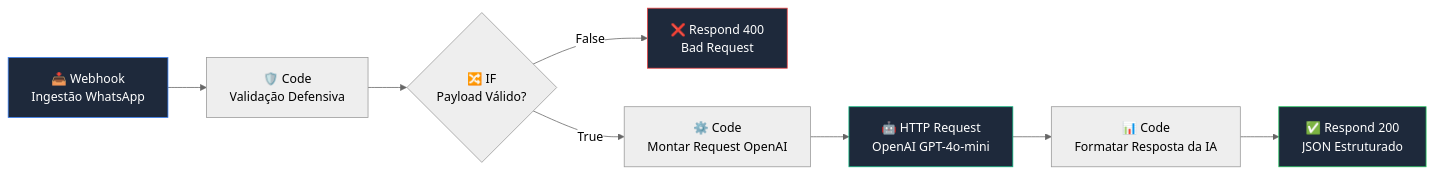
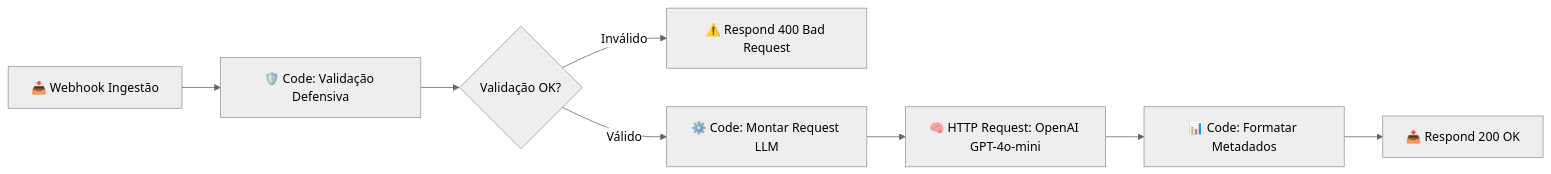
The second of 2 diagrams in README.md (marcosrodsa/PSA), drawn with Mermaid (neutral theme) before and after one commit. The commit also changed other lines of this file and 5 other files, not shown here.

````diff
--- a/README.md
+++ b/README.md
@@ -196,15 +140,10 @@
 ```mermaid
 graph LR
-    WH["📥 Webhook<br/>Ingestão WhatsApp"] --> VAL["🛡️ Code<br/>Validação Defensiva"]
-    VAL --> IF{"🔀 IF<br/>Payload Válido?"}
-    IF -- "False" --> E400["❌ Respond 400<br/>Bad Request"]
-    IF -- "True" --> BLD["⚙️ Code<br/>Montar Request OpenAI"]
-    BLD --> OAI["🤖 HTTP Request<br/>OpenAI GPT-4o-mini"]
-    OAI --> FMT["📊 Code<br/>Formatar Resposta da IA"]
-    FMT --> R200["✅ Respond 200<br/>JSON Estruturado"]
-
-    style WH fill:#1e293b,stroke:#3b82f6,color:#fff
-    style OAI fill:#1e293b,stroke:#10b981,color:#fff
-    style E400 fill:#1e293b,stroke:#ef4444,color:#fff
-    style R200 fill:#1e293b,stroke:#22c55e,color:#fff
+    WH["📥 Webhook Ingestão"] --> VAL["🛡️ Code: Validação Defensiva"]
+    VAL --> IF_VAL{"Validação OK?"}
+    IF_VAL -- "Inválido" --> R400["⚠️ Respond 400 Bad Request"]
+    IF_VAL -- "Válido" --> BUILDER["⚙️ Code: Montar Request LLM"]
+    BUILDER --> OPENAI["🧠 HTTP Request: OpenAI GPT-4o-mini"]
+    OPENAI --> PARSER["📊 Code: Formatar Metadados"]
+    PARSER --> R200["📤 Respond 200 OK"]
 ```
````
